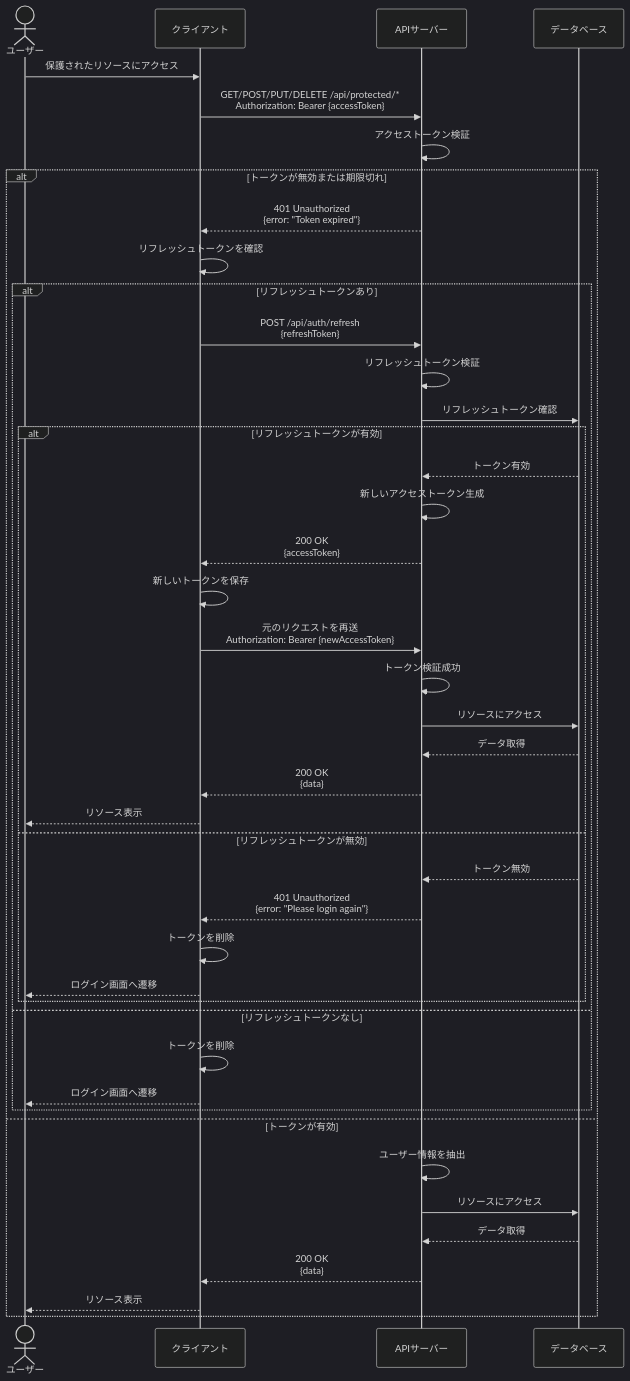
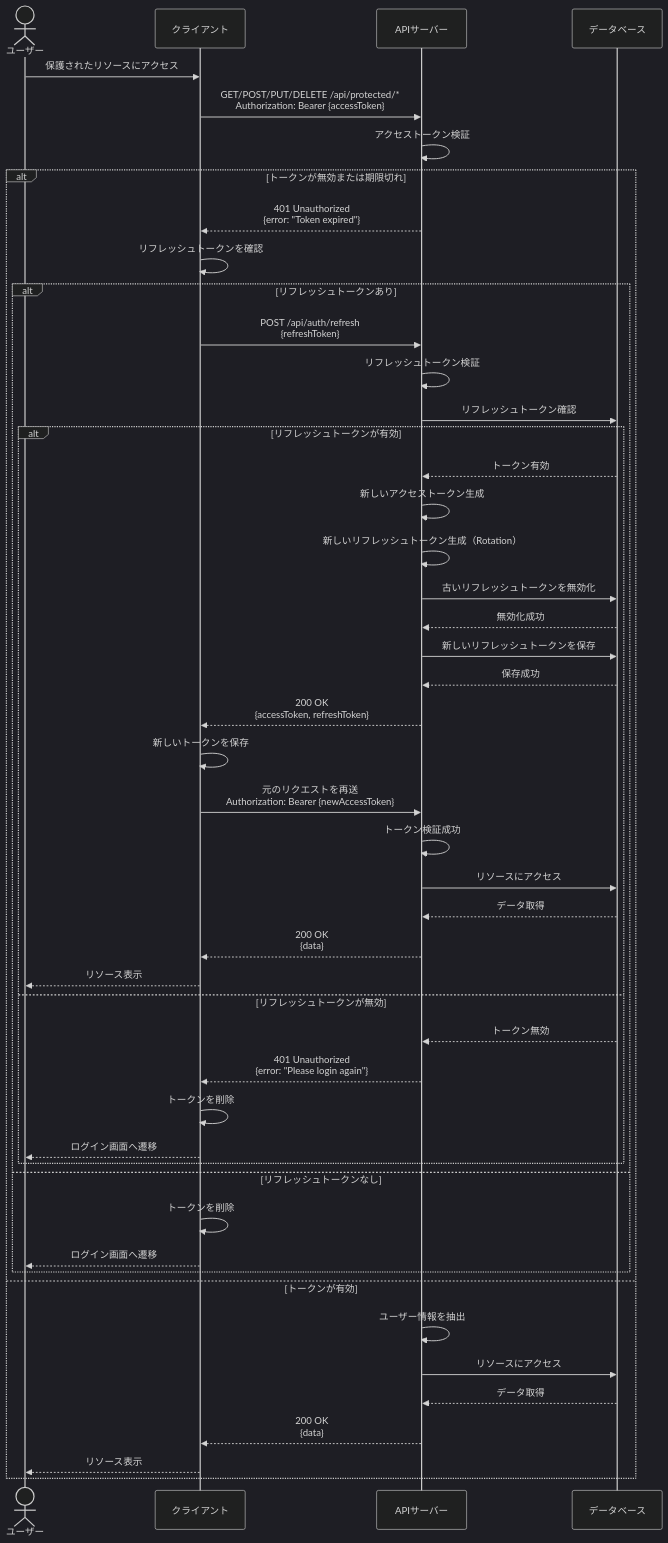
The fourth of 4 diagrams in docs/認証フロー.md (dskhys0222/dskhys), drawn with Mermaid (dark theme) before and after one commit. The commit also changed other lines of this file, not shown here.

Commit message:
Update auth flows: use token rotation and SessionStorage

````diff
--- a/docs/認証フロー.md
+++ b/docs/認証フロー.md
@@ -121,51 +121,56 @@
 ```mermaid
 sequenceDiagram
     actor User as ユーザー
     participant Client as クライアント
     participant API as APIサーバー
     participant DB as データベース
 
     User->>Client: 保護されたリソースにアクセス
     Client->>API: GET/POST/PUT/DELETE /api/protected/*<br/>Authorization: Bearer {accessToken}
     
     API->>API: アクセストークン検証
     
     alt トークンが無効または期限切れ
         API-->>Client: 401 Unauthorized<br/>{error: "Token expired"}
         
         Client->>Client: リフレッシュトークンを確認
         
         alt リフレッシュトークンあり
             Client->>API: POST /api/auth/refresh<br/>{refreshToken}
             API->>API: リフレッシュトークン検証
             API->>DB: リフレッシュトークン確認
             
             alt リフレッシュトークンが有効
                 DB-->>API: トークン有効
                 API->>API: 新しいアクセストークン生成
-                API-->>Client: 200 OK<br/>{accessToken}
+                API->>API: 新しいリフレッシュトークン生成（Rotation）
+                API->>DB: 古いリフレッシュトークンを無効化
+                DB-->>API: 無効化成功
+                API->>DB: 新しいリフレッシュトークンを保存
+                DB-->>API: 保存成功
+                API-->>Client: 200 OK<br/>{accessToken, refreshToken}
                 Client->>Client: 新しいトークンを保存
                 Client->>API: 元のリクエストを再送<br/>Authorization: Bearer {newAccessToken}
                 API->>API: トークン検証成功
                 API->>DB: リソースにアクセス
                 DB-->>API: データ取得
                 API-->>Client: 200 OK<br/>{data}
                 Client-->>User: リソース表示
             else リフレッシュトークンが無効
                 DB-->>API: トークン無効
                 API-->>Client: 401 Unauthorized<br/>{error: "Please login again"}
                 Client->>Client: トークンを削除
                 Client-->>User: ログイン画面へ遷移
             end
         else リフレッシュトークンなし
             Client->>Client: トークンを削除
             Client-->>User: ログイン画面へ遷移
         end
     else トークンが有効
         API->>API: ユーザー情報を抽出
         API->>DB: リソースにアクセス
         DB-->>API: データ取得
         API-->>Client: 200 OK<br/>{data}
         Client-->>User: リソース表示
     end
 ```
````
